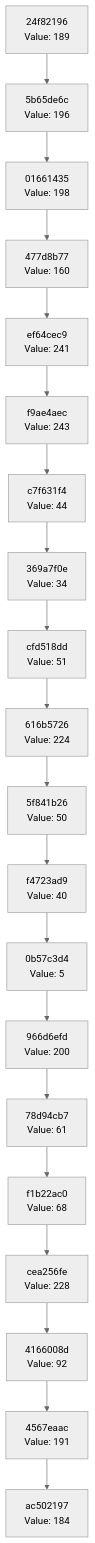
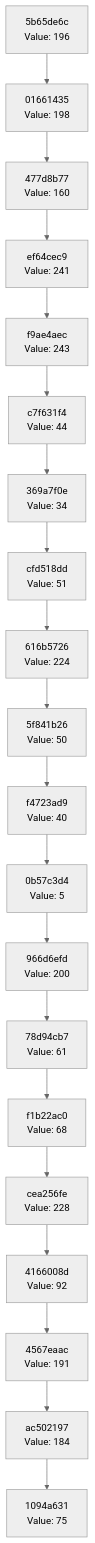
One commit to Abhisheksinha1506/hash-chain-evolver changed the diagram in docs/CHAIN_VISUALIZATION.md. Above: the diagram before and after it, drawn with Mermaid (neutral theme). The commit also changed 2 other files, not shown here.

Commit message:
Evolution step: hash 0x4B → action executed

````diff
--- a/docs/CHAIN_VISUALIZATION.md
+++ b/docs/CHAIN_VISUALIZATION.md
@@ -3,42 +3,42 @@
 ```mermaid
 graph TD
-    C0["ac502197<br/>Value: 184"]
-    C1["4567eaac<br/>Value: 191"]
+    C0["1094a631<br/>Value: 75"]
+    C1["ac502197<br/>Value: 184"]
     C1 --> C0
-    C2["4166008d<br/>Value: 92"]
+    C2["4567eaac<br/>Value: 191"]
     C2 --> C1
-    C3["cea256fe<br/>Value: 228"]
+    C3["4166008d<br/>Value: 92"]
     C3 --> C2
-    C4["f1b22ac0<br/>Value: 68"]
+    C4["cea256fe<br/>Value: 228"]
     C4 --> C3
-    C5["78d94cb7<br/>Value: 61"]
+    C5["f1b22ac0<br/>Value: 68"]
     C5 --> C4
-    C6["966d6efd<br/>Value: 200"]
+    C6["78d94cb7<br/>Value: 61"]
     C6 --> C5
-    C7["0b57c3d4<br/>Value: 5"]
+    C7["966d6efd<br/>Value: 200"]
     C7 --> C6
-    C8["f4723ad9<br/>Value: 40"]
+    C8["0b57c3d4<br/>Value: 5"]
     C8 --> C7
-    C9["5f841b26<br/>Value: 50"]
+    C9["f4723ad9<br/>Value: 40"]
     C9 --> C8
-    C10["616b5726<br/>Value: 224"]
+    C10["5f841b26<br/>Value: 50"]
     C10 --> C9
-    C11["cfd518dd<br/>Value: 51"]
+    C11["616b5726<br/>Value: 224"]
     C11 --> C10
-    C12["369a7f0e<br/>Value: 34"]
+    C12["cfd518dd<br/>Value: 51"]
     C12 --> C11
-    C13["c7f631f4<br/>Value: 44"]
+    C13["369a7f0e<br/>Value: 34"]
     C13 --> C12
-    C14["f9ae4aec<br/>Value: 243"]
+    C14["c7f631f4<br/>Value: 44"]
     C14 --> C13
-    C15["ef64cec9<br/>Value: 241"]
+    C15["f9ae4aec<br/>Value: 243"]
     C15 --> C14
-    C16["477d8b77<br/>Value: 160"]
+    C16["ef64cec9<br/>Value: 241"]
     C16 --> C15
-    C17["01661435<br/>Value: 198"]
+    C17["477d8b77<br/>Value: 160"]
     C17 --> C16
-    C18["5b65de6c<br/>Value: 196"]
+    C18["01661435<br/>Value: 198"]
     C18 --> C17
-    C19["24f82196<br/>Value: 189"]
+    C19["5b65de6c<br/>Value: 196"]
     C19 --> C18
 ```
````
